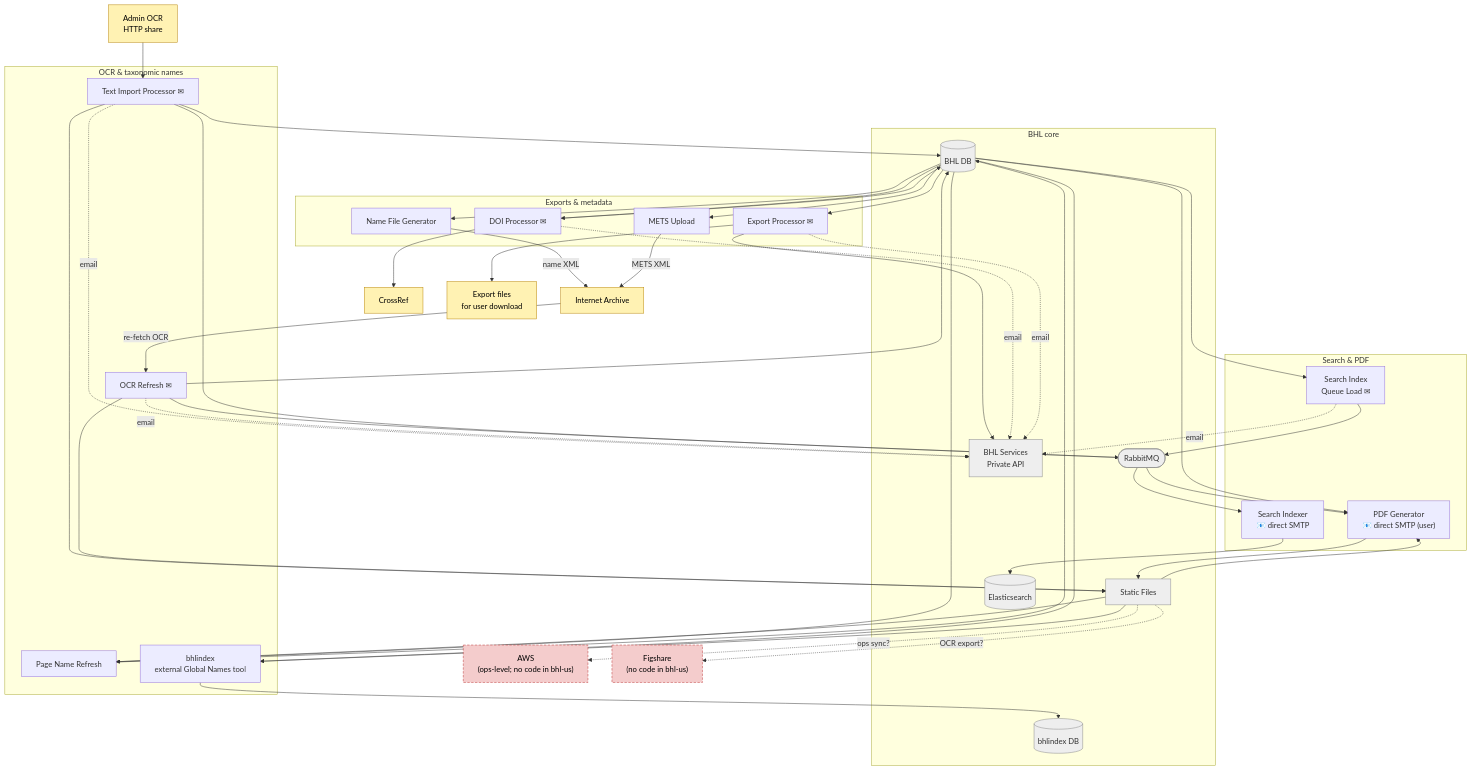
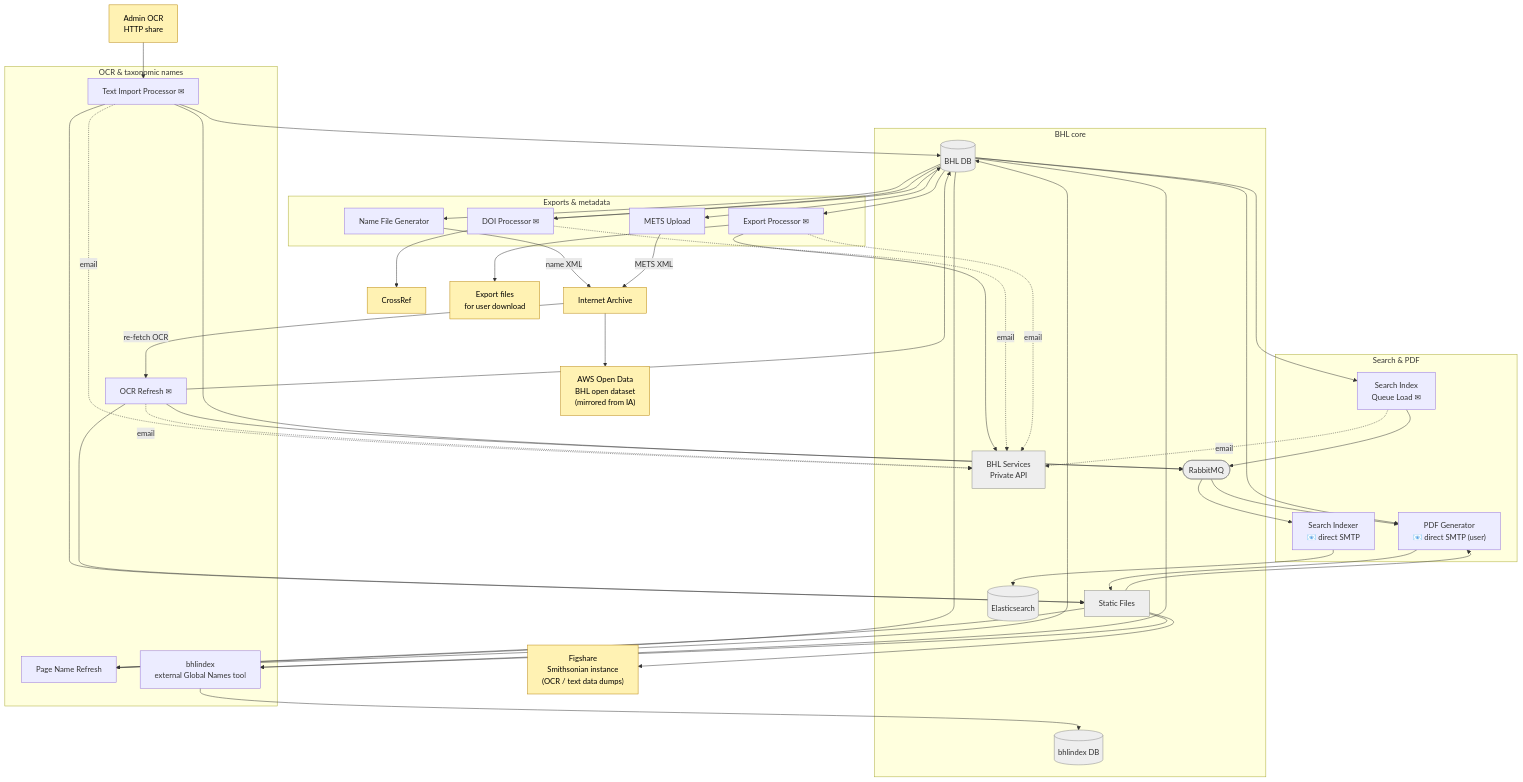
The diagram in diagrams/process.md (rdmpage/bhl-data-flows), drawn with Mermaid before and after one commit. The commit also changed other lines of this file and 1 other file, not shown here.

Commit message:
Clarify AWS Open Data and Figshare as real downstream datasets
AWS = BHL Open Data on AWS, mirrored from the BHL collection on IA
(registry.opendata.aws/bhl-open-data/), so the edge is IA -> AWS not
Files -> AWS. Figshare = the Smithsonian instance, receiving OCR and
text data dumps from Static Files. Neither sync runs from bhl-us code,
but both destinations are real - reclassify from "uncertain" to
external, update labels, and rewrite the caveat section accordingly.
Overview edges and labels updated to match.

````diff
--- a/diagrams/process.md
+++ b/diagrams/process.md
@@ -40,8 +40,8 @@
     IA[Internet Archive]
     CrossRef[CrossRef]
     ExportFiles[Export files<br/>for user download]
-    AWS["AWS<br/>(ops-level; no code in bhl-us)"]
-    Figshare["Figshare<br/>(no code in bhl-us)"]
+    AWS["AWS Open Data<br/>BHL open dataset<br/>(mirrored from IA)"]
+    Figshare["Figshare<br/>Smithsonian instance<br/>(OCR / text data dumps)"]
 
     %% --- Search / PDF flow ---
     BHLDB --> SQL
@@ -93,15 +93,13 @@
     DOI -. email .-> PrivAPI
     Export -. email .-> PrivAPI
 
-    %% --- Uncertain / ops-level sync paths (no bhl-us code found) ---
-    Files -. "ops sync?" .-> AWS
-    Files -. "OCR export?" .-> Figshare
+    %% --- Downstream public dataset targets (sync not driven by bhl-us code) ---
+    IA --> AWS
+    Files --> Figshare
 
     %% --- Styling ---
     classDef boundary fill:#eeeeee,stroke:#888,color:#333;
     classDef external fill:#fff2b3,stroke:#b8860b,color:#000;
-    classDef uncertain fill:#f4cccc,stroke:#b33,color:#000,stroke-dasharray:5 3;
     class BHLDB,Files,MQ,ES,BhlIndexDB,PrivAPI boundary;
-    class IA,CrossRef,TextShare,ExportFiles external;
-    class AWS,Figshare uncertain;
+    class IA,CrossRef,TextShare,ExportFiles,AWS,Figshare external;
 ```
````
